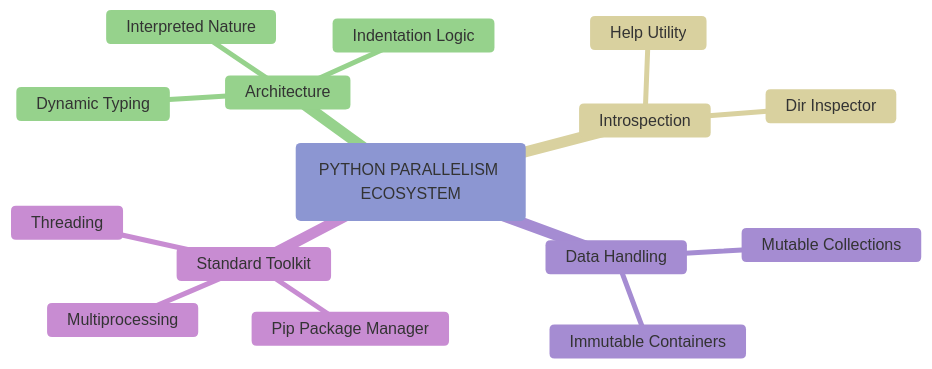
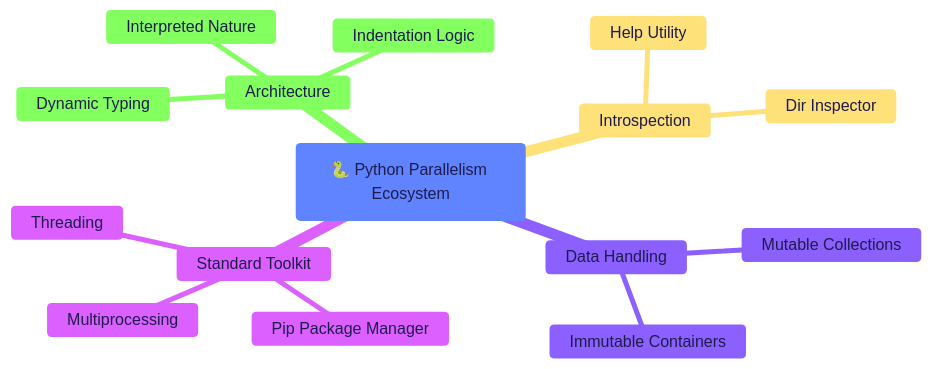
One commit to RameenAnwar/PDC-SP26-SE changed the seventh of 8 diagrams in SyedMuhammadHuzaifaAshrafi-(23FA-035-SE)/Chapter01/README.md. Above: the diagram before and after it, drawn with Mermaid. The commit also changed other lines of this file and 5 other files, not shown here.

````diff
--- a/SyedMuhammadHuzaifaAshrafi-(23FA-035-SE)/Chapter01/README.md
+++ b/SyedMuhammadHuzaifaAshrafi-(23FA-035-SE)/Chapter01/README.md
@@ -661,19 +466,19 @@
 ```mermaid
-%%{init: {'theme': 'base', 'themeVariables': { 'lineColor': '#1A237E', 'primaryColor': '#E8EAF6' }}}%%
+%%{init: {'theme': 'base', 'themeVariables': { 'lineColor': '#4f46e5', 'primaryColor': '#e0e7ff', 'primaryTextColor': '#1e1b4b', 'primaryBorderColor': '#818cf8' }}}%%
 mindmap
-  root(PYTHON PARALLELISM ECOSYSTEM)
+  root("🐍 Python Parallelism Ecosystem")
     Architecture
       Dynamic Typing
       Indentation Logic
       Interpreted Nature
     Introspection
       Help Utility
       Dir Inspector
     Data Handling
       Mutable Collections
       Immutable Containers
     Standard Toolkit
       Pip Package Manager
       Multiprocessing
       Threading
 ```
````
